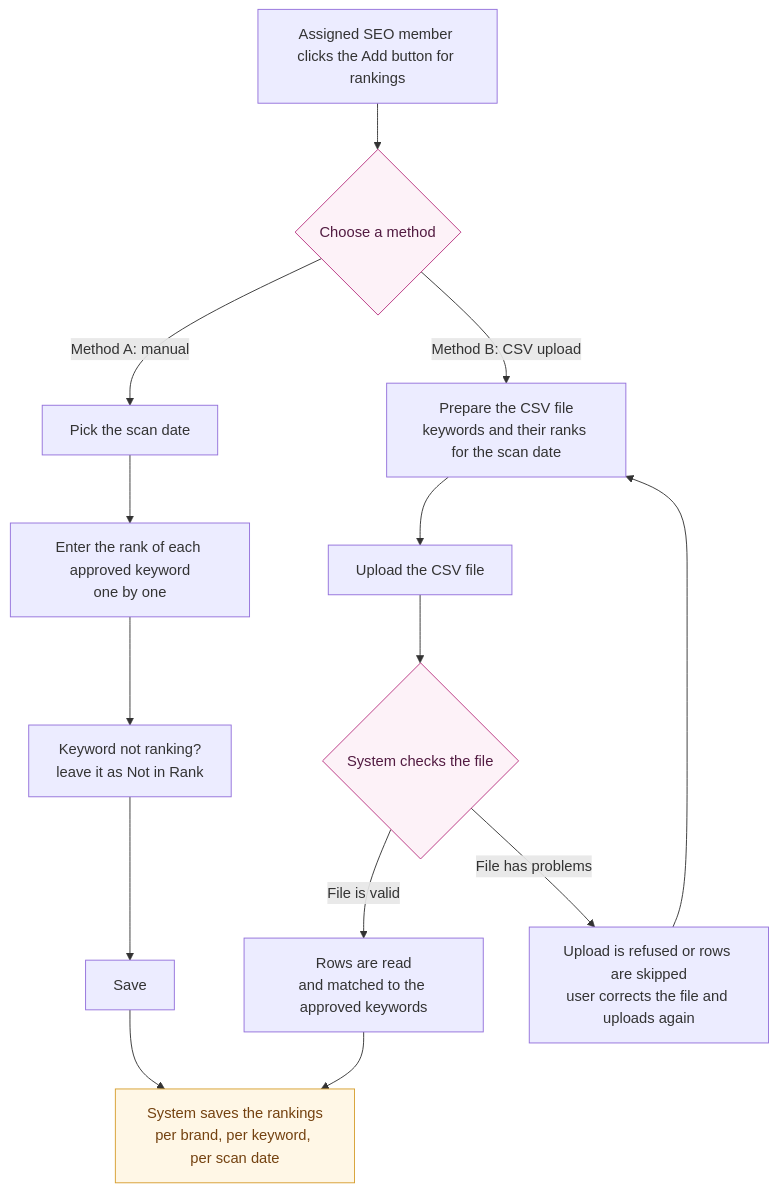
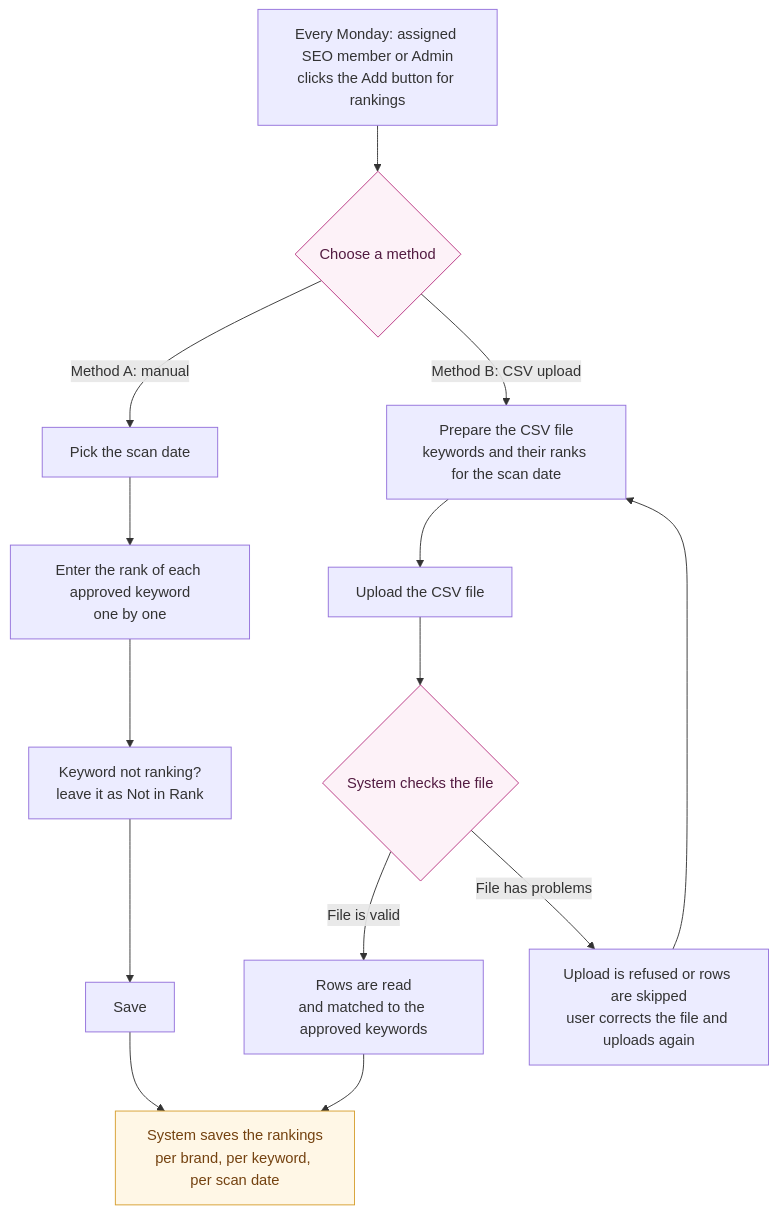
The second of 3 diagrams in demo/keywords ranking flow.md (RishabhRoy12/dais-documentation), drawn with Mermaid before and after one commit. The commit also changed other lines of this file, not shown here.

Commit message:
updating the keyword ranking flow file

````diff
--- a/demo/keywords ranking flow.md
+++ b/demo/keywords ranking flow.md
@@ -52,24 +53,24 @@
 ```mermaid
 flowchart TD
-    BTN["Assigned SEO member clicks the Add button for rankings"] --> CH{"Choose a method"}
+    BTN["Every Monday: assigned SEO member or Admin<br/>clicks the Add button for rankings"] --> CH{"Choose a method"}
 
     CH -->|"Method A: manual"| A1["Pick the scan date"]
     A1 --> A2["Enter the rank of each approved keyword<br/>one by one"]
     A2 --> A3["Keyword not ranking?<br/>leave it as Not in Rank"]
     A3 --> A4["Save"]
 
     CH -->|"Method B: CSV upload"| B1["Prepare the CSV file<br/>keywords and their ranks for the scan date"]
     B1 --> B2["Upload the CSV file"]
     B2 --> B3{"System checks the file"}
     B3 -->|"File is valid"| B4["Rows are read<br/>and matched to the approved keywords"]
     B3 -->|"File has problems"| B5["Upload is refused or rows are skipped<br/>user corrects the file and uploads again"]
     B5 --> B1
 
     A4 --> SAVE["System saves the rankings<br/>per brand, per keyword, per scan date"]
     B4 --> SAVE
 
     classDef decision fill:#fdf2f8,stroke:#b83280,color:#521b41
     classDef store fill:#fff7e6,stroke:#d69e2e,color:#744210
     class CH,B3 decision
     class SAVE store
 ```
````
